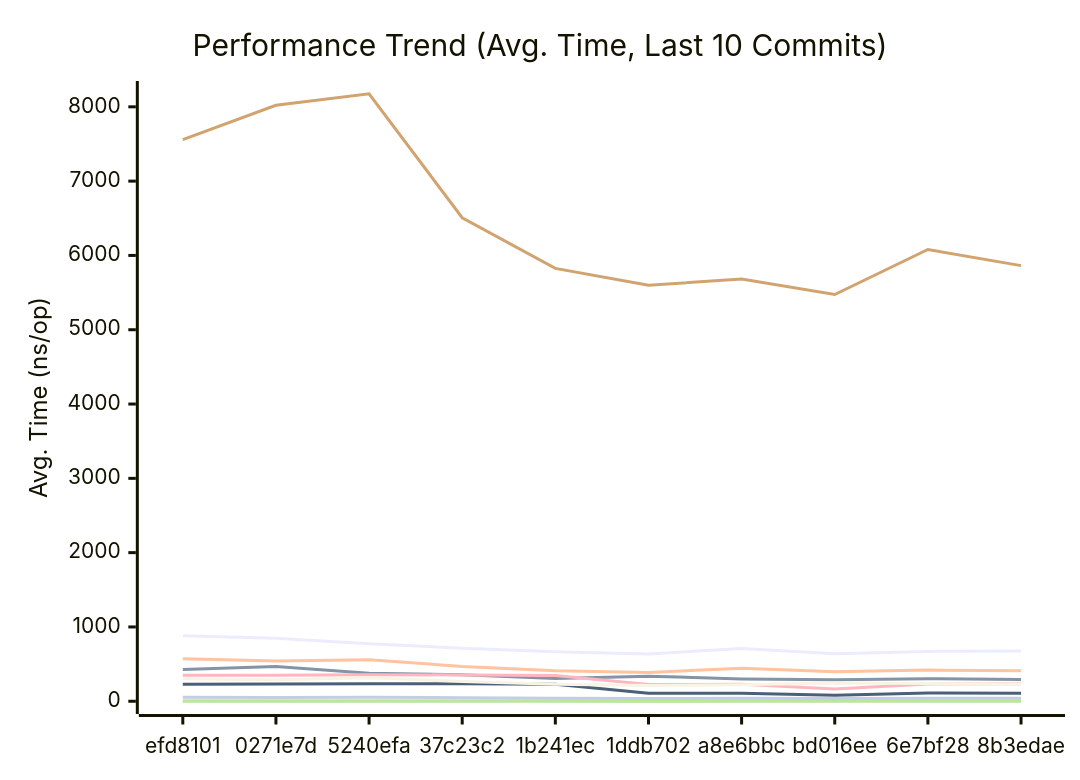
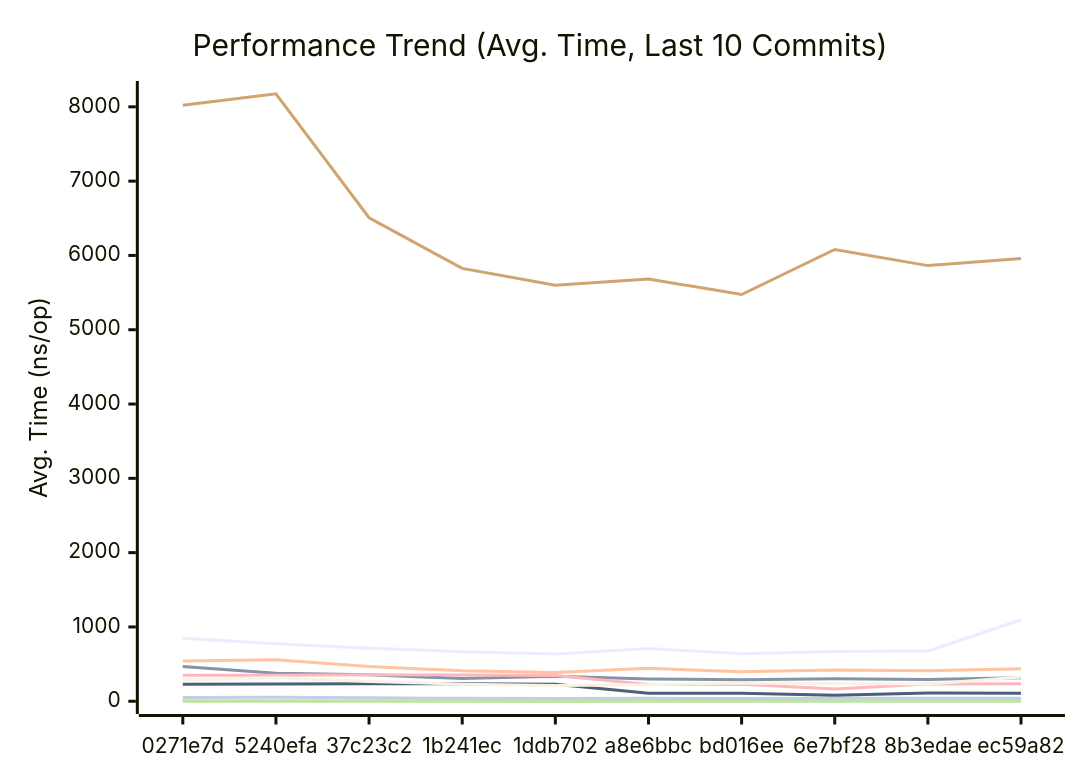
The first of 3 diagrams in docs/PERFORMANCE.md (alsotoes/momo), drawn with Mermaid before and after one commit. The commit also changed other lines of this file and 5 other files, not shown here.

````diff
--- a/docs/PERFORMANCE.md
+++ b/docs/PERFORMANCE.md
@@ -128,18 +128,18 @@
 ```mermaid
 xychart-beta
     title "Performance Trend (Avg. Time, Last 10 Commits)"
     x-axis "Commit"
     y-axis "Avg. Time (ns/op)"
-    x-axis [efd8101,0271e7d,5240efa,37c23c2,1b241ec,1ddb702,a8e6bbc,bd016ee,6e7bf28,8b3edae]
-    line "CheckMetricsAndSwap" [12,11,8,7,7,7,9,8,8,8]
-    line "CrushOptimized" [428,468,378,356,305,338,300,289,304,293]
-    line "CrushOriginal" [571,542,558,469,409,387,443,396,419,409]
-    line "IndexDirectTracking" [1,1,0,0,0,0,0,0,0,0]
-    line "IndexSearch" [2,2,2,2,2,1,2,2,2,2]
-    line "LoadGlobalConfig" [7558,8021,8176,6507,5825,5598,5683,5474,6080,5863]
-    line "PadString" [53,52,53,47,39,36,39,36,39,39]
+    x-axis [0271e7d,5240efa,37c23c2,1b241ec,1ddb702,a8e6bbc,bd016ee,6e7bf28,8b3edae,ec59a82]
+    line "CheckMetricsAndSwap" [11,8,7,7,7,9,8,8,8,10]
+    line "CrushOptimized" [468,378,356,305,338,300,289,304,293,317]
+    line "CrushOriginal" [542,558,469,409,387,443,396,419,409,436]
+    line "IndexDirectTracking" [1,0,0,0,0,0,0,0,0,0]
+    line "IndexSearch" [2,2,2,2,1,2,2,2,2,2]
+    line "LoadGlobalConfig" [8021,8176,6507,5825,5598,5683,5474,6080,5863,5958]
+    line "PadString" [52,53,47,39,36,39,36,39,39,41]
     line "ParseReplicationOrder_NoPrealloc" [350,349,357,354,345,225,229,165,232,234]
     line "ParseReplicationOrder_Prealloc" [229,231,237,234,229,108,107,80,110,109]
-    line "SanitizeLog/Safe" [303,288,316,266,229,212,222,245,238,231]
-    line "SanitizeLog/Unsafe" [883,849,775,714,667,636,710,640,671,675]
+    line "SanitizeLog/Safe" [288,316,266,229,212,222,245,238,231,326]
+    line "SanitizeLog/Unsafe" [849,775,714,667,636,710,640,671,675,1095]
 ```
````
